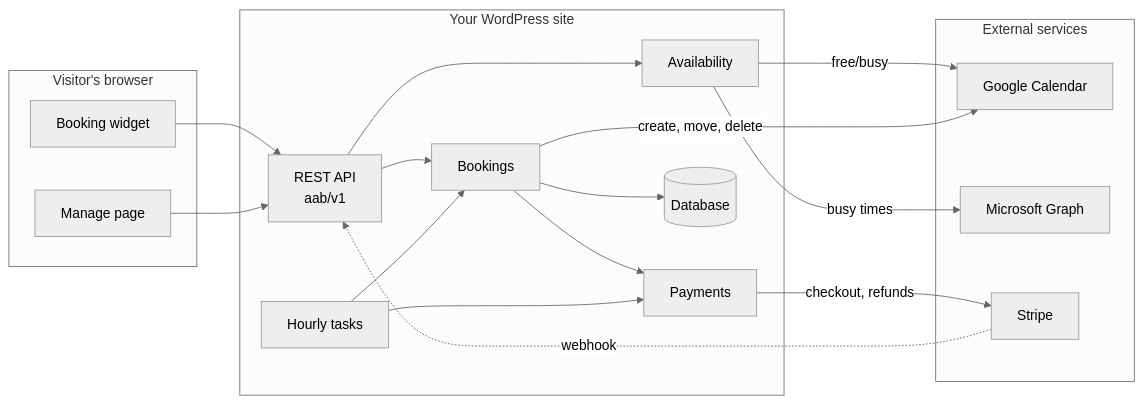
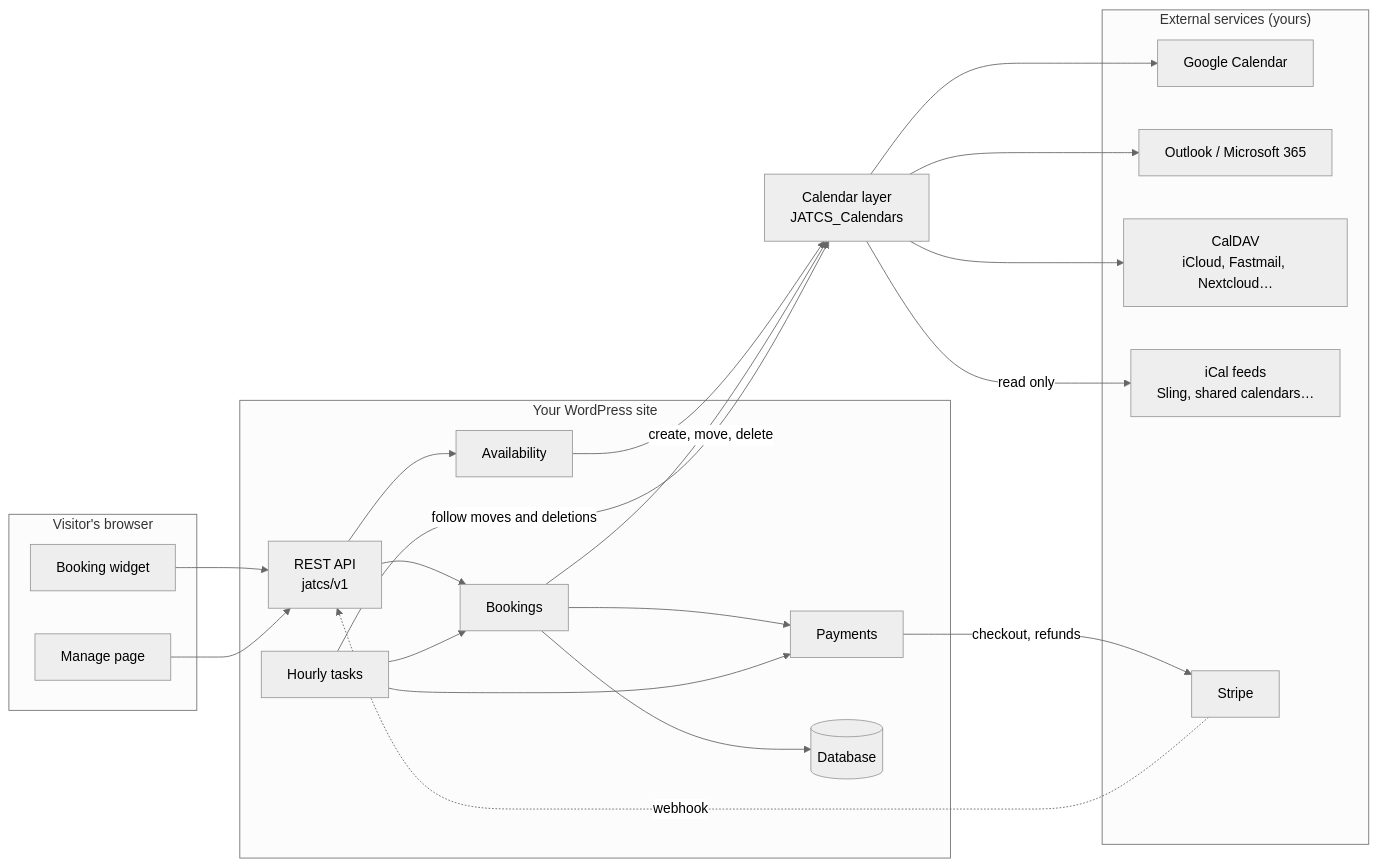
Before and after one commit to CptNope/JAT-Calendar-Sync: the first of 10 diagrams in README.md, drawn with Mermaid (neutral theme). The commit also changed other lines of this file and 64 other files, not shown here.

````diff
--- a/README.md
+++ b/README.md
@@ -70,36 +76,44 @@
 ```mermaid
 flowchart LR
     subgraph Visitor["Visitor's browser"]
         W["Booking widget"]
         M["Manage page"]
     end
 
     subgraph WP["Your WordPress site"]
-        REST["REST API<br/>aab/v1"]
+        REST["REST API<br/>jatcs/v1"]
         AV["Availability"]
         BK["Bookings"]
         PAY["Payments"]
         CRON["Hourly tasks"]
         DB[("Database")]
     end
 
-    subgraph Ext["External services"]
+    subgraph Ext["External services (yours)"]
         G["Google Calendar"]
-        MS["Microsoft Graph"]
+        MS["Outlook / Microsoft 365"]
+        DAV["CalDAV<br/>iCloud, Fastmail, Nextcloud…"]
+        ICS["iCal feeds<br/>Sling, shared calendars…"]
         S["Stripe"]
     end
+
+    CAL["Calendar layer<br/>JATCS_Calendars"]
 
     W --> REST
     M --> REST
     REST --> AV
     REST --> BK
     BK --> PAY
     BK --> DB
     CRON --> BK
     CRON --> PAY
-    AV -->|free/busy| G
-    AV -->|busy times| MS
-    BK -->|create, move, delete| G
+    AV --> CAL
+    BK -->|create, move, delete| CAL
+    CRON -->|follow moves and deletions| CAL
+    CAL --> G
+    CAL --> MS
+    CAL --> DAV
+    CAL -->|read only| ICS
     PAY -->|checkout, refunds| S
     S -.->|webhook| REST
 ```
````
